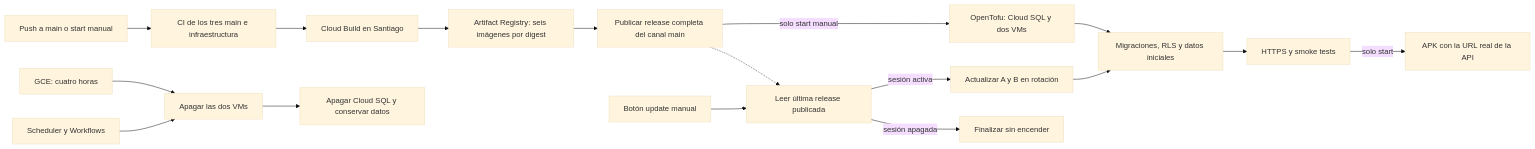
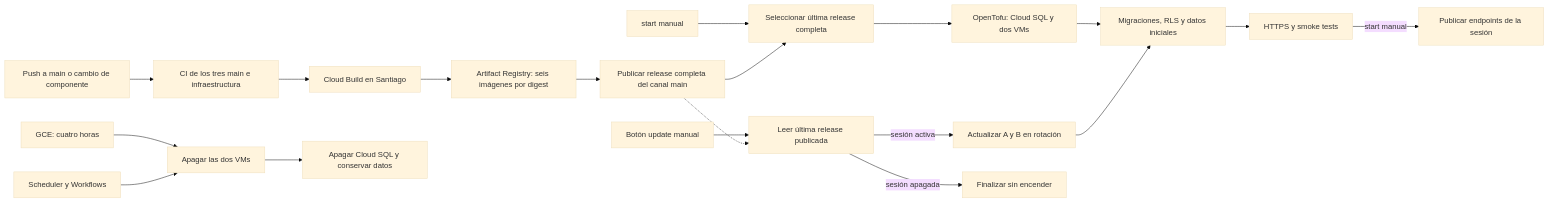
The diagram in infra/gcp/README.md (NexoRuta/NexoRuta), drawn with Mermaid (base theme) before and after one commit. The commit also changed other lines of this file and 7 other files, not shown here.

````diff
--- a/infra/gcp/README.md
+++ b/infra/gcp/README.md
@@ -53,19 +53,21 @@
 ```mermaid
 flowchart LR
-    A[Push a main o start manual] --> B[CI de los tres main e infraestructura]
+    A[Push a main o cambio de componente] --> B[CI de los tres main e infraestructura]
     B --> C[Cloud Build en Santiago]
     C --> D[Artifact Registry: seis imágenes por digest]
     D --> E[Publicar release completa del canal main]
-    E -->|solo start manual| F[OpenTofu: Cloud SQL y dos VMs]
+    S[start manual] --> P[Seleccionar última release completa]
+    E --> P
+    P --> F[OpenTofu: Cloud SQL y dos VMs]
     U[Botón update manual] --> V[Leer última release publicada]
     E -.-> V
     V -->|sesión activa| G[Actualizar A y B en rotación]
     V -->|sesión apagada| O[Finalizar sin encender]
     F --> H[Migraciones, RLS y datos iniciales]
     G --> H
     H --> I[HTTPS y smoke tests]
-    I -->|solo start| J[APK con la URL real de la API]
+    I -->|start manual| Q[Publicar endpoints de la sesión]
     K[GCE: cuatro horas] --> L[Apagar las dos VMs]
     M[Scheduler y Workflows] --> L
     L --> N[Apagar Cloud SQL y conservar datos]
 ```
````
